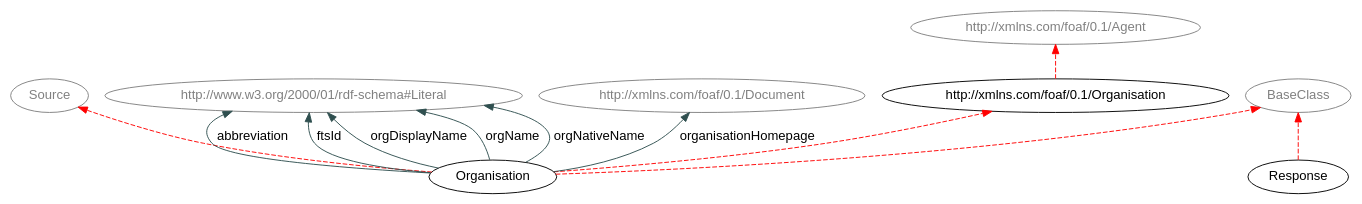
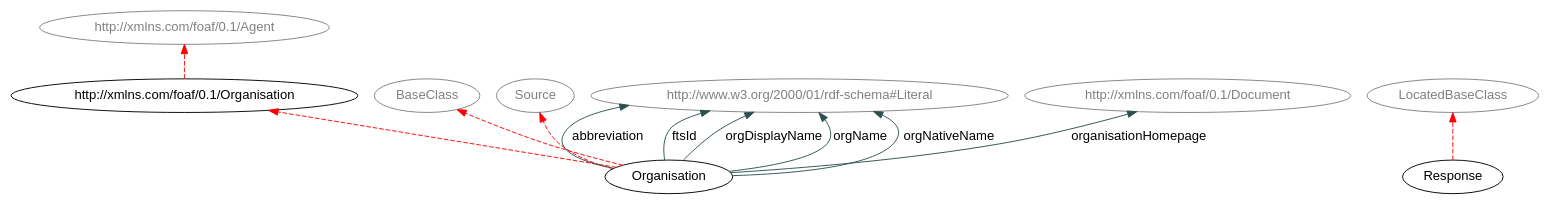
One commit to hxl-team/HXL-Vocab changed the diagram in Tools/responseSection.dot. Above: the diagram before and after it, drawn with Graphviz. The commit also changed 20 other files, not shown here.

First line of the commit message:
Cardinality restrictions and hxl:LocatedBaseClass added

```diff
--- a/Tools/responseSection.dot
+++ b/Tools/responseSection.dot
@@ -1,33 +1,33 @@
 digraph { 
  rankdir="BT";	
  charset="utf-8";
  overlap=false;
  edge [color=darkslategray];
  edge [fontname=Helvetica];
  node [fontname=Helvetica];
 
 "Organisation" [ URL = "./#Organisation"] ;
 		"Organisation" -> "http://xmlns.com/foaf/0.1/Organisation" [ color=red style="dashed" ]; 
 			"BaseClass" [ URL = "./#Organisation" color="gray" fontcolor="gray"] ;
 				"Organisation" -> "BaseClass" [ color=red style="dashed" ]; 
 			"Source" [ URL = "./#Organisation" color="gray" fontcolor="gray"] ;
 				"Organisation" -> "Source" [ color=red style="dashed" ]; 
 			"Response" [ URL = "./#Response"] ;
-		"BaseClass" [ URL = "./#Response" color="gray" fontcolor="gray"] ;
-				"Response" -> "BaseClass" [ color=red style="dashed" ]; 
+		"LocatedBaseClass" [ URL = "./#Response" color="gray" fontcolor="gray"] ;
+				"Response" -> "LocatedBaseClass" [ color=red style="dashed" ]; 
 			"http://xmlns.com/foaf/0.1/Organisation" [ URL = "./#http://xmlns.com/foaf/0.1/Organisation"] ;
 		"http://xmlns.com/foaf/0.1/Agent" [ URL = "./#http://xmlns.com/foaf/0.1/Organisation" color="gray" fontcolor="gray"] ;
 				"http://xmlns.com/foaf/0.1/Organisation" -> "http://xmlns.com/foaf/0.1/Agent" [ color=red style="dashed" ]; 
 			"http://www.w3.org/2000/01/rdf-schema#Literal" [ URL = "./#http://www.w3.org/2000/01/rdf-schema#Literal" color="gray" fontcolor="gray"] ;
 					"Organisation" -> "http://www.w3.org/2000/01/rdf-schema#Literal" [ label="abbreviation" URL = "./#abbreviation"]; 
 				"http://www.w3.org/2000/01/rdf-schema#Literal" [ URL = "./#http://www.w3.org/2000/01/rdf-schema#Literal" color="gray" fontcolor="gray"] ;
 					"Organisation" -> "http://www.w3.org/2000/01/rdf-schema#Literal" [ label="ftsId" URL = "./#ftsId"]; 
 				"http://www.w3.org/2000/01/rdf-schema#Literal" [ URL = "./#http://www.w3.org/2000/01/rdf-schema#Literal" color="gray" fontcolor="gray"] ;
 					"Organisation" -> "http://www.w3.org/2000/01/rdf-schema#Literal" [ label="orgDisplayName" URL = "./#orgDisplayName"]; 
 				"http://www.w3.org/2000/01/rdf-schema#Literal" [ URL = "./#http://www.w3.org/2000/01/rdf-schema#Literal" color="gray" fontcolor="gray"] ;
 					"Organisation" -> "http://www.w3.org/2000/01/rdf-schema#Literal" [ label="orgName" URL = "./#orgName"]; 
 				"http://www.w3.org/2000/01/rdf-schema#Literal" [ URL = "./#http://www.w3.org/2000/01/rdf-schema#Literal" color="gray" fontcolor="gray"] ;
 					"Organisation" -> "http://www.w3.org/2000/01/rdf-schema#Literal" [ label="orgNativeName" URL = "./#orgNativeName"]; 
 				"http://xmlns.com/foaf/0.1/Document" [ URL = "./#http://xmlns.com/foaf/0.1/Document" color="gray" fontcolor="gray"] ;
 					"Organisation" -> "http://xmlns.com/foaf/0.1/Document" [ label="organisationHomepage" URL = "./#organisationHomepage"]; 
 				}
```
